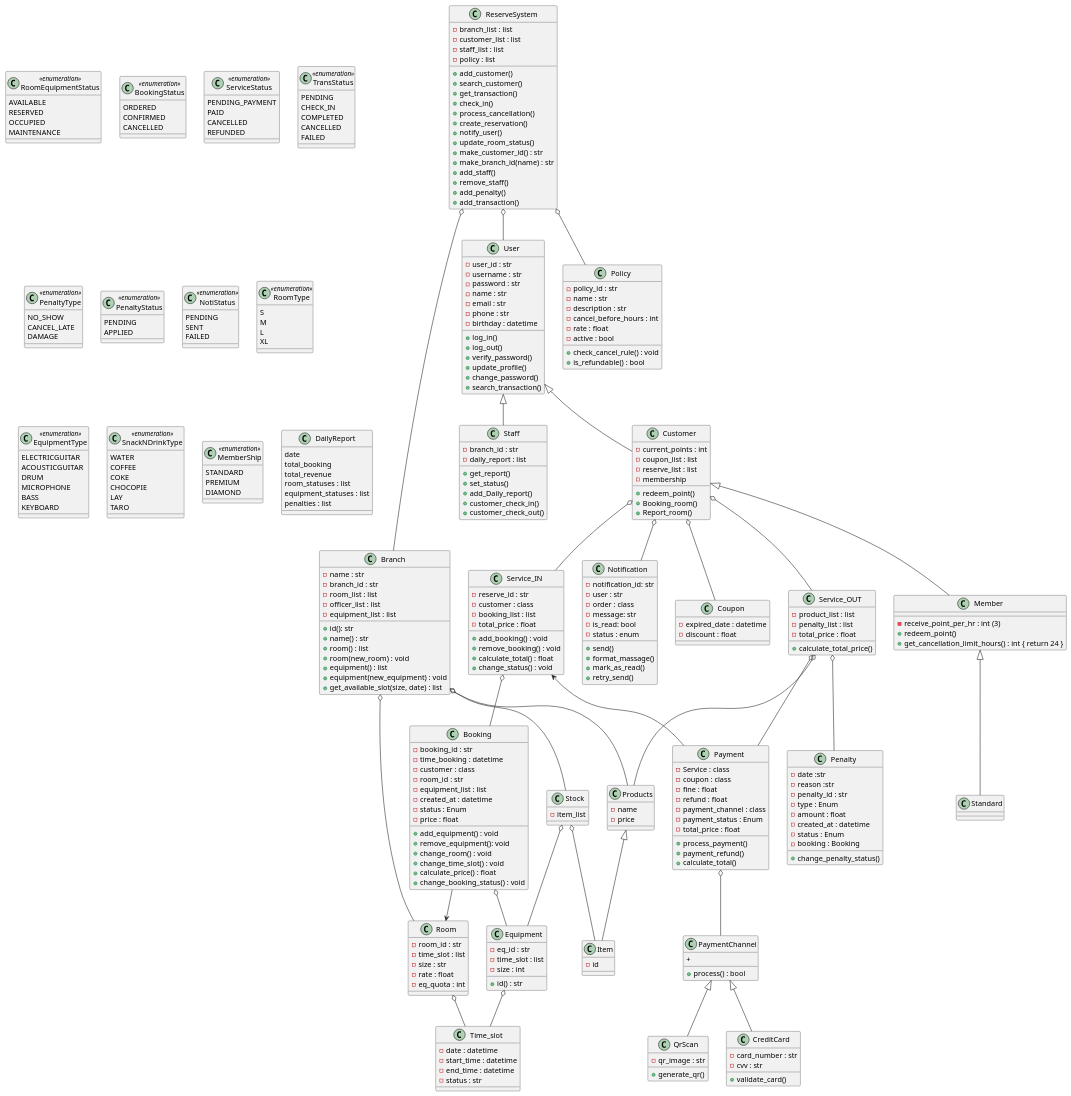
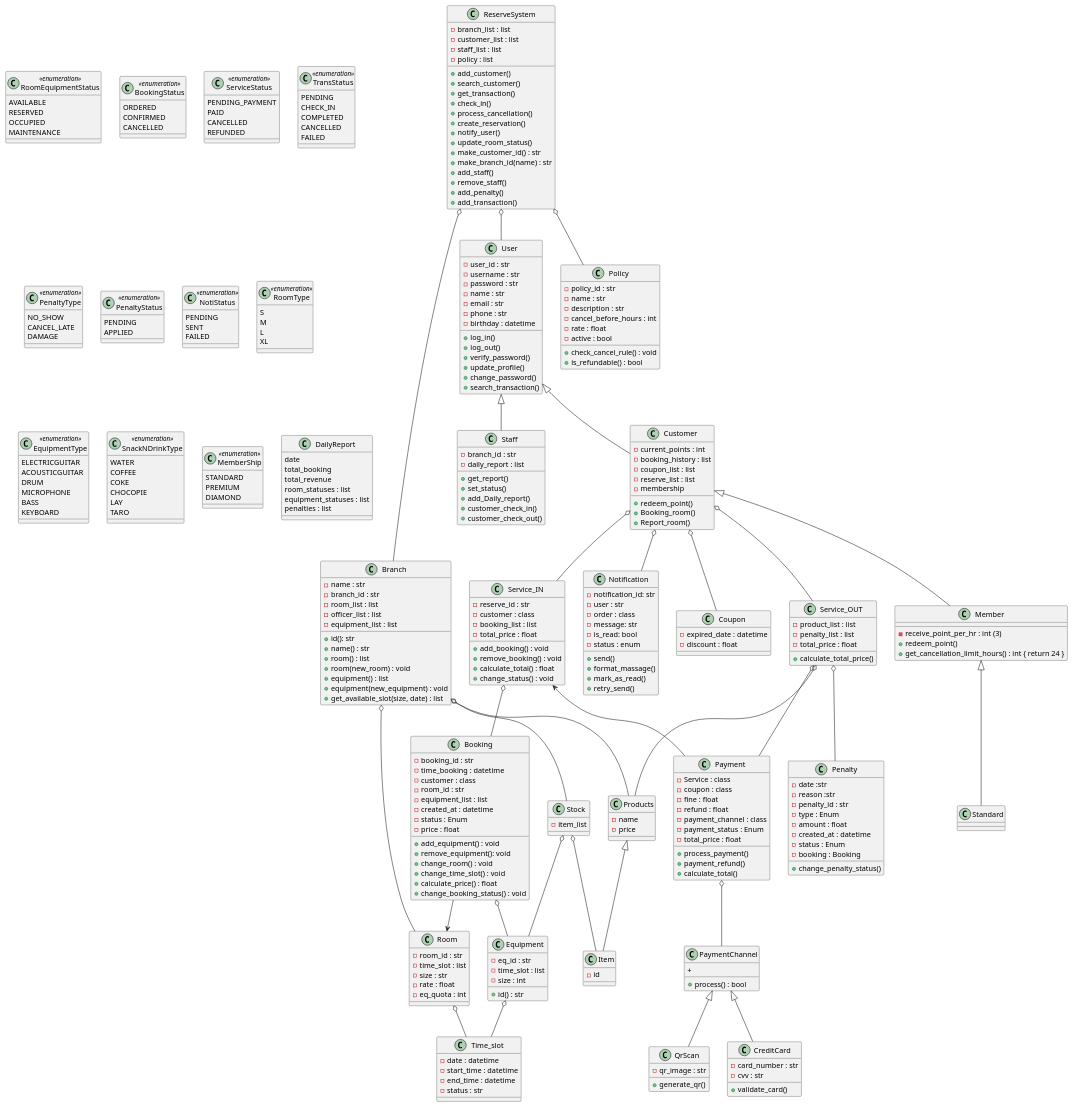
Before and after one commit to pjngth998/RhythmReserve: the diagram in diagram/class_diagram.puml, drawn with PlantUML. The commit also changed 6 other files, not shown here.

```diff
--- a/diagram/class_diagram.puml
+++ b/diagram/class_diagram.puml
@@ -193,7 +193,7 @@
 
 class Customer{
     -current_points : int
-    ' -booking_history : list
+    -booking_history : list
     -coupon_list : list
     -reserve_list : list 
     -membership 
```
